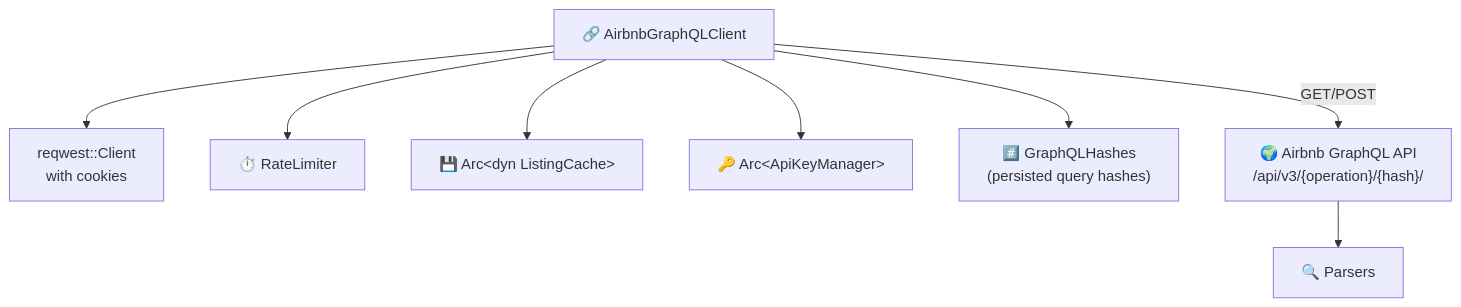
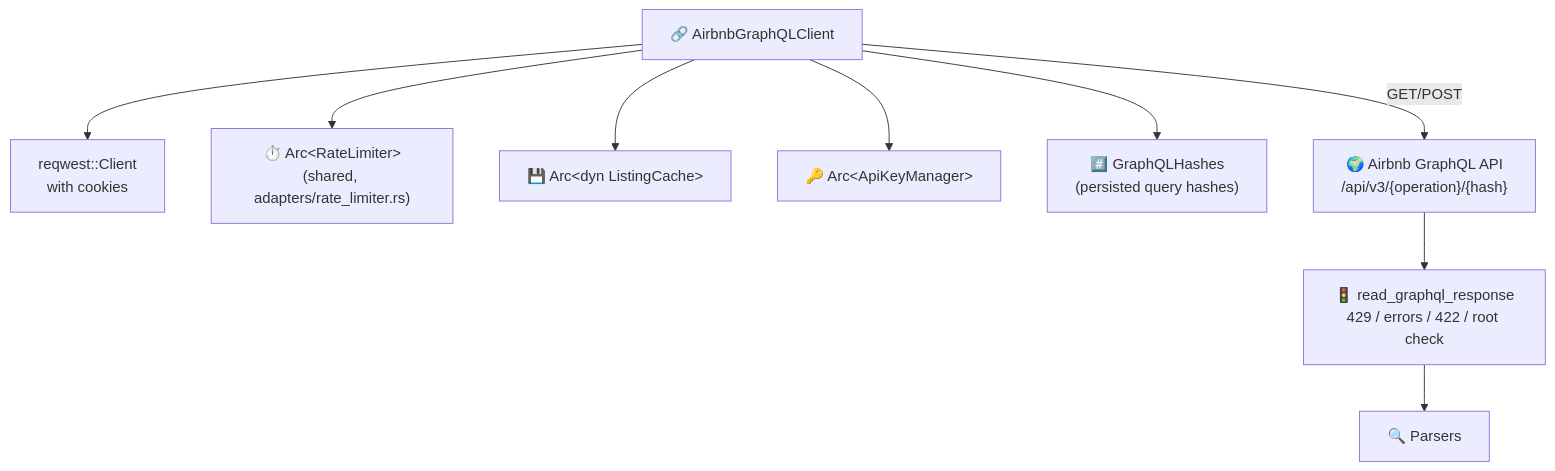
The diagram in src/adapters/graphql/README.md (muchiny/mcp-airbnb), drawn with Mermaid before and after one commit. The commit also changed other lines of this file and 194 other files, not shown here.

````diff
--- a/src/adapters/graphql/README.md
+++ b/src/adapters/graphql/README.md
@@ -16,12 +16,13 @@
 ```mermaid
 flowchart TD
     Client["🔗 AirbnbGraphQLClient"]
     Client --> HTTP["reqwest::Client<br/>with cookies"]
-    Client --> RL["⏱️ RateLimiter"]
+    Client --> RL["⏱️ Arc&lt;RateLimiter&gt;<br/>(shared, adapters/rate_limiter.rs)"]
     Client --> Cache["💾 Arc&lt;dyn ListingCache&gt;"]
     Client --> Keys["🔑 Arc&lt;ApiKeyManager&gt;"]
     Client --> Hashes["#️⃣ GraphQLHashes<br/>(persisted query hashes)"]
 
-    Client --> |"GET/POST"| API["🌍 Airbnb GraphQL API<br/>/api/v3/{operation}/{hash}/"]
-    API --> Parsers["🔍 Parsers"]
+    Client --> |"GET/POST"| API["🌍 Airbnb GraphQL API<br/>/api/v3/{operation}/{hash}"]
+    API --> Classify["🚦 read_graphql_response<br/>429 / errors / 422 / root check"]
+    Classify --> Parsers["🔍 Parsers"]
 ```
````
